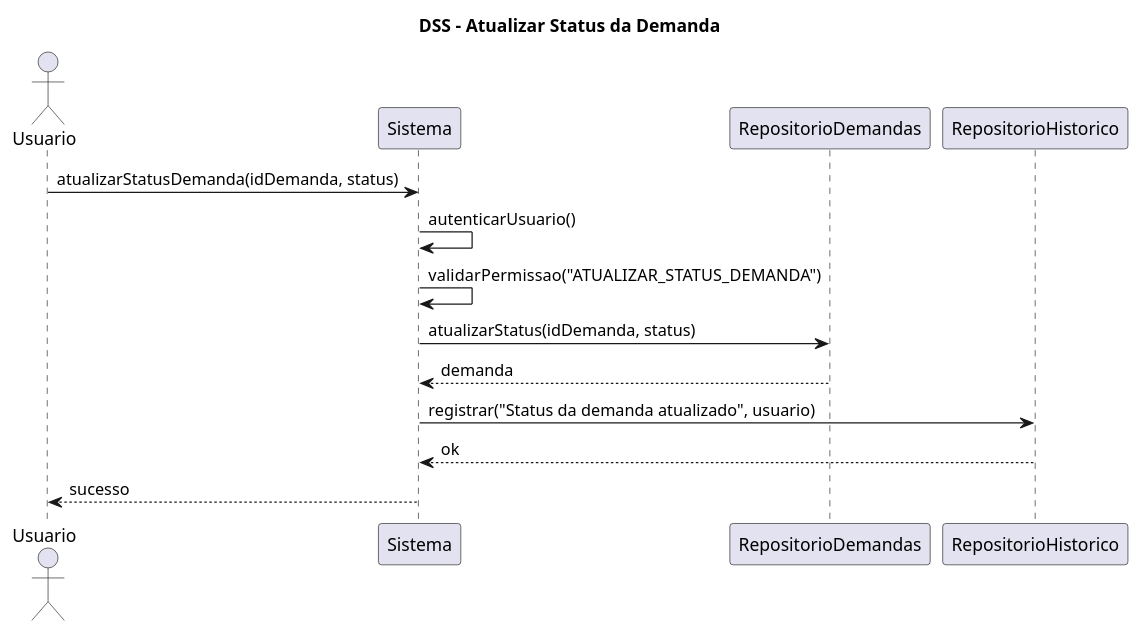
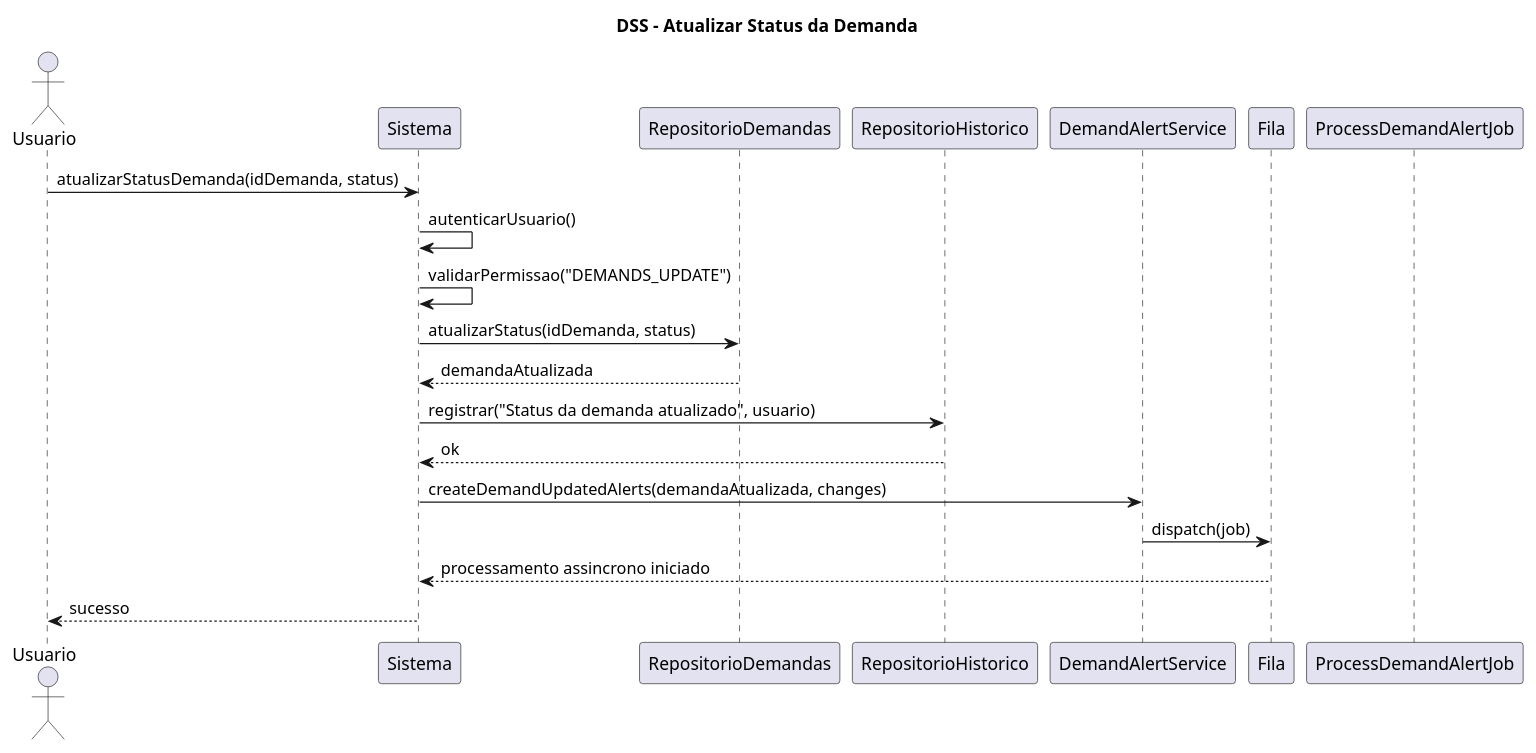
Before and after one commit to ICEI-PUC-Minas-PPLES-TI/plf-es-2025-2-tcci-0393100-dev-bernardo-biondini: the diagram in Artefatos/DSS/atualizar_status_demanda.puml, drawn with PlantUML. The commit also changed 38 other files, not shown here.

Commit message:
Adapta diagramas paraa uso de Webscoket e envio de notificações de status de demanda

```diff
--- a/Artefatos/DSS/atualizar_status_demanda.puml
+++ b/Artefatos/DSS/atualizar_status_demanda.puml
@@ -1,17 +1,23 @@
 @startuml
-title DSS – Atualizar Status da Demanda
+title DSS - Atualizar Status da Demanda
 
 actor Usuario as u
 participant "Sistema" as s
 participant "RepositorioDemandas" as repo
 participant "RepositorioHistorico" as hist
+participant "DemandAlertService" as alerts
+participant "Fila" as queue
+participant "ProcessDemandAlertJob" as job
 
 u -> s : atualizarStatusDemanda(idDemanda, status)
 s -> s : autenticarUsuario()
-s -> s : validarPermissao("ATUALIZAR_STATUS_DEMANDA")
+s -> s : validarPermissao("DEMANDS_UPDATE")
 s -> repo : atualizarStatus(idDemanda, status)
-repo --> s : demanda
+repo --> s : demandaAtualizada
 s -> hist : registrar("Status da demanda atualizado", usuario)
 hist --> s : ok
+s -> alerts : createDemandUpdatedAlerts(demandaAtualizada, changes)
+alerts -> queue : dispatch(job)
+queue --> s : processamento assincrono iniciado
 s --> u : sucesso
 @enduml
```
